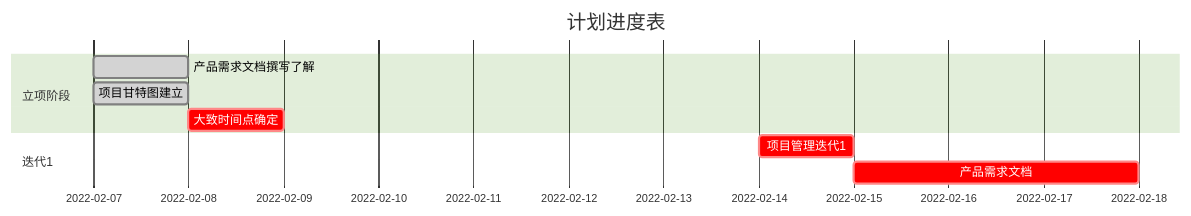
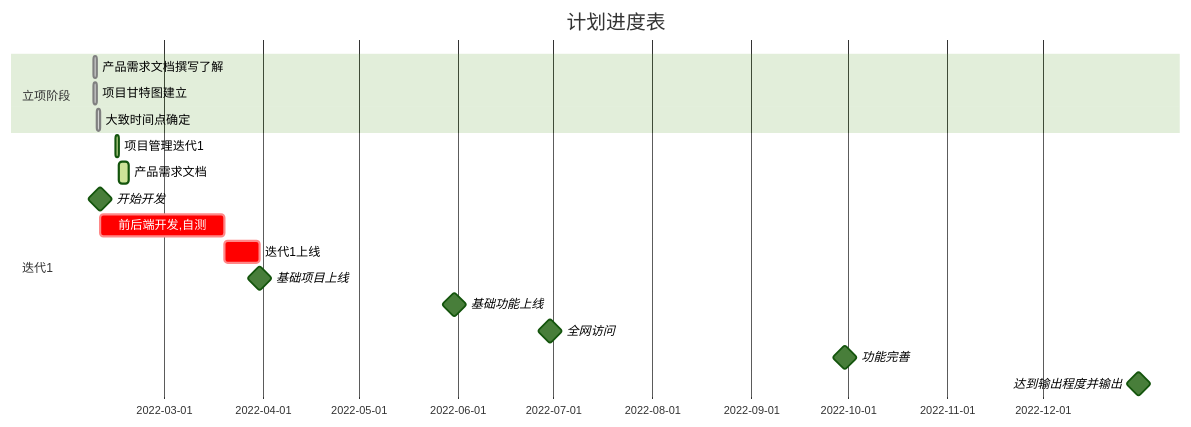
One commit to andy1202go/learning_log changed the diagram in Projects/2022-手工计划.md. Above: the diagram before and after it, drawn with Mermaid (forest theme). The commit also changed other lines of this file and 3 other files, not shown here.

````diff
--- a/Projects/2022-手工计划.md
+++ b/Projects/2022-手工计划.md
@@ -17,14 +17,27 @@
 ```mermaid
 gantt
 	dateFormat YYYY-MM-DD
 	title 计划进度表
 	
 	section 立项阶段
 	产品需求文档撰写了解:done,des1,2022-02-07,2022-02-08
 	项目甘特图建立:done,2022-02-07,1d
-    大致时间点确定:crit,time basic,after des1,1d
+    大致时间点确定:done,time basic,after des1,1d
     
    section 迭代1
-   项目管理迭代1:crit,proj1,after time basic,1d
-   产品需求文档:crit,prod1,after proj1,3d
+   项目管理迭代1:active,proj1,after time basic,1d
+   产品需求文档:active,prod1,after proj1,3d
+   开始开发:milestone,m1,2022-02-09,2022-02-09
+   前后端开发,自测:crit,phase11,2022-02-09,2022-03-20
+   迭代1上线:crit,phase12,2022-03-20,2022-03-31
+   基础项目上线:milestone,m2,2022-03-31,2022-03-31
+   
+   基础功能上线:milestone,m3,2022-05-31,2022-05-31
+   
+   全网访问:milestone,m4,2022-06-30,2022-06-30
+   
+   功能完善:milestone,m5,2022-09-30,2022-09-30
+   
+   达到输出程度并输出:milestone,m6,2022-12-31,2022-12-31
+   
 ```
````
